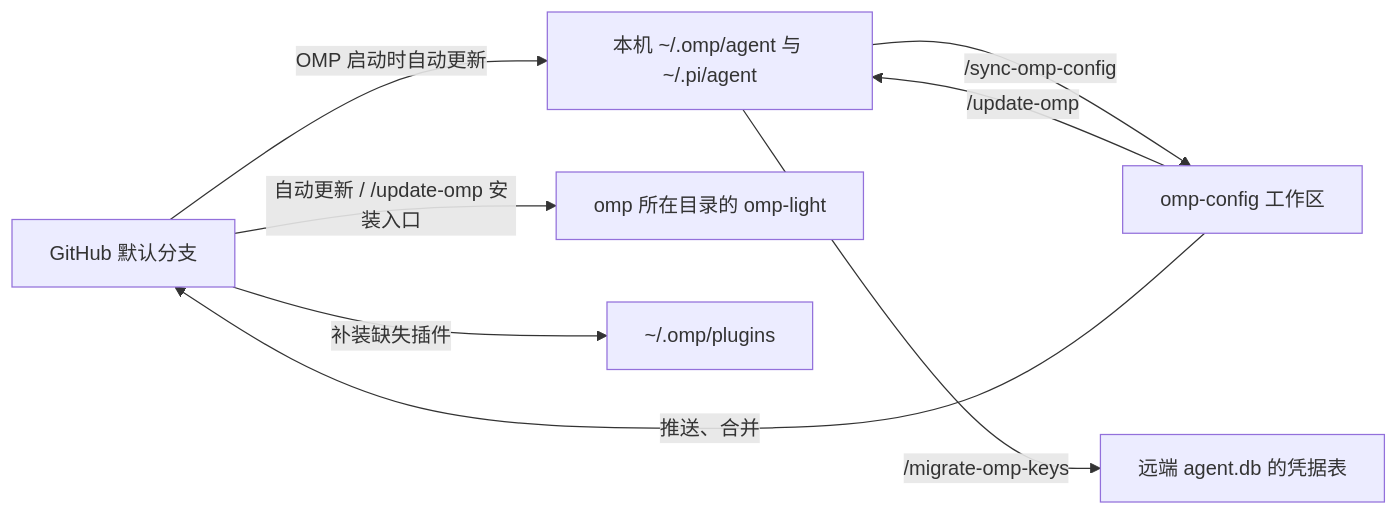
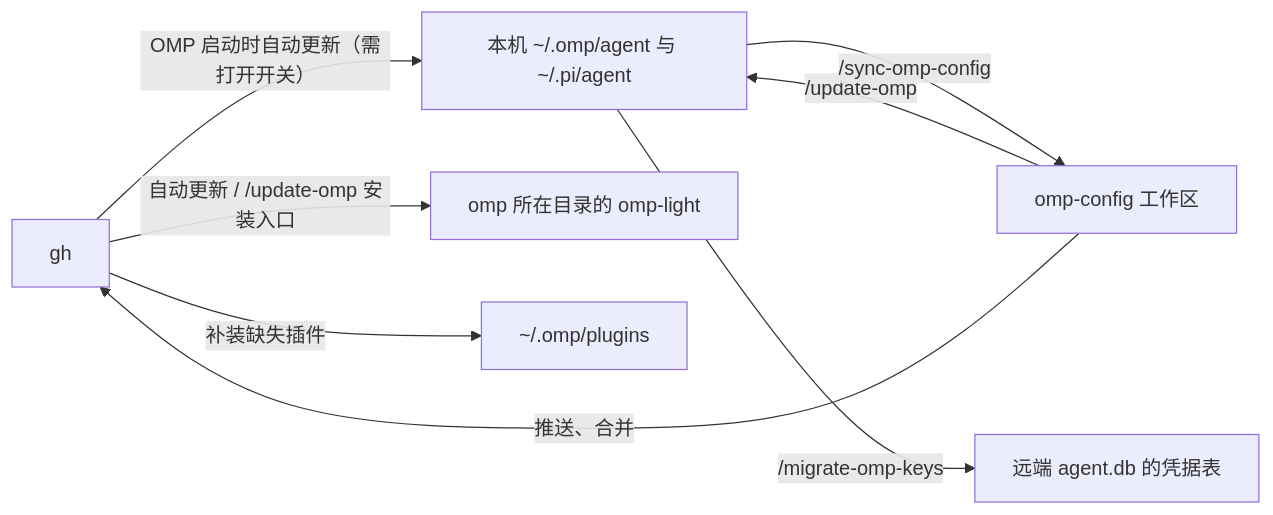
The diagram in README.md (mouriya-s-lab/omp-config), drawn with Mermaid before and after one commit. The commit also changed other lines of this file and 6 other files, not shown here.

````diff
--- a/README.md
+++ b/README.md
@@ -102,10 +103,10 @@
 ```mermaid
 flowchart LR
-  gh["GitHub 默认分支"] -->|"OMP 启动时自动更新"| local["本机 ~/.omp/agent 与 ~/.pi/agent"]
+  gh -->|"OMP 启动时自动更新（需打开开关）"| local["本机 ~/.omp/agent 与 ~/.pi/agent"]
   repo["omp-config 工作区"] -->|"/update-omp"| local
   local -->|"/sync-omp-config"| repo
   repo -->|"推送、合并"| gh
   gh -->|"自动更新 / /update-omp 安装入口"| light["omp 所在目录的 omp-light"]
   gh -->|"补装缺失插件"| plugins["~/.omp/plugins"]
   local -->|"/migrate-omp-keys"| remote["远端 agent.db 的凭据表"]
 ```
````
